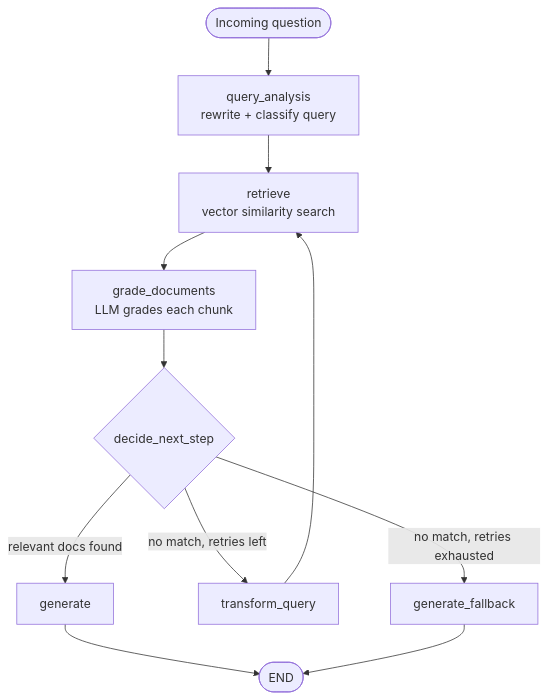
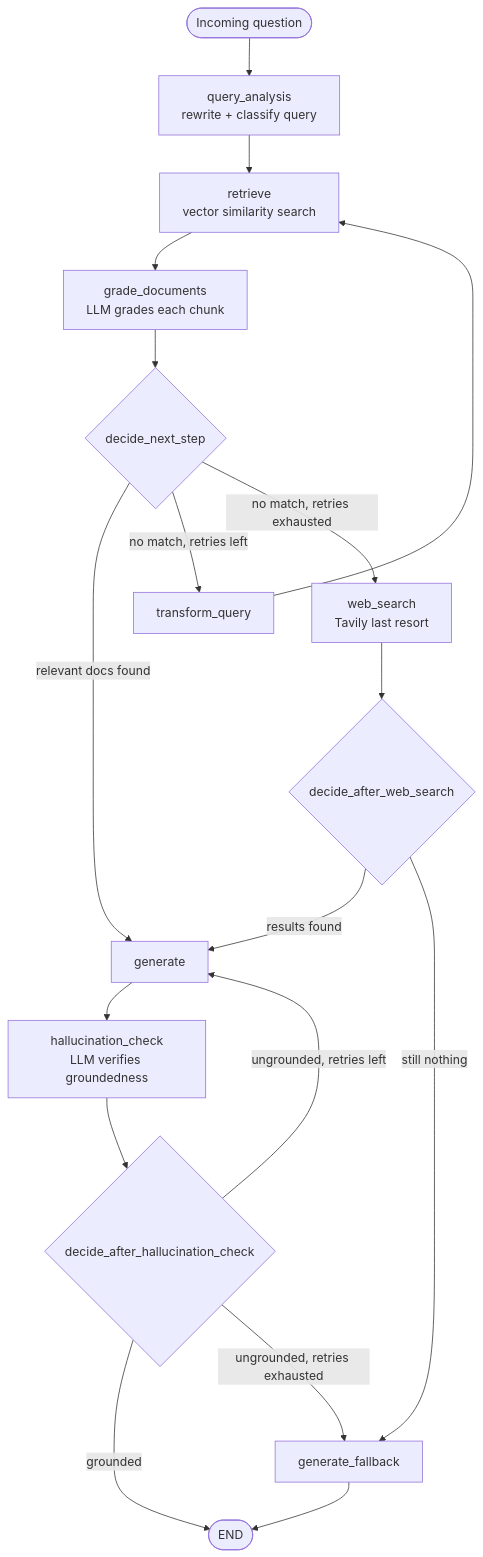
One commit to Joshika-jose-code/rag-tech-assistant changed the first of 2 diagrams in README.md. Above: the diagram before and after it, drawn with Mermaid. The commit also changed other lines of this file, not shown here.

````diff
--- a/README.md
+++ b/README.md
@@ -26,13 +32,20 @@
 ```mermaid
 flowchart TD
     Start([Incoming question]) --> QA[query_analysis<br/>rewrite + classify query]
     QA --> Retrieve[retrieve<br/>vector similarity search]
     Retrieve --> Grade[grade_documents<br/>LLM grades each chunk]
     Grade --> Decide{decide_next_step}
     Decide -->|relevant docs found| Generate[generate]
     Decide -->|no match, retries left| Transform[transform_query]
-    Decide -->|no match, retries exhausted| Fallback[generate_fallback]
+    Decide -->|no match, retries exhausted| WebSearch[web_search<br/>Tavily last resort]
     Transform --> Retrieve
-    Generate --> End([END])
+    WebSearch --> DecideWeb{decide_after_web_search}
+    DecideWeb -->|results found| Generate
+    DecideWeb -->|still nothing| Fallback[generate_fallback]
+    Generate --> Hallucination[hallucination_check<br/>LLM verifies groundedness]
+    Hallucination --> DecideHall{decide_after_hallucination_check}
+    DecideHall -->|grounded| End([END])
+    DecideHall -->|ungrounded, retries left| Generate
+    DecideHall -->|ungrounded, retries exhausted| Fallback
     Fallback --> End
 ```
````
